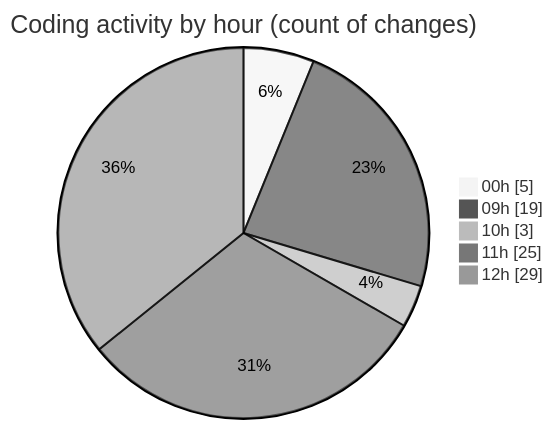
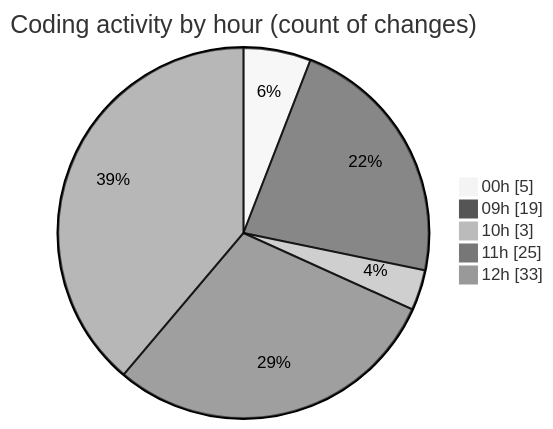
The second of 2 diagrams in 2025-11-19/eventscop-frontend-guide__workspace_/README.md (julien-gomy/code-tracking), drawn with Mermaid (neutral theme) before and after one commit. The commit also changed other lines of this file and 1 other file, not shown here.

````diff
--- a/2025-11-19/eventscop-frontend-guide__workspace_/README.md
+++ b/2025-11-19/eventscop-frontend-guide__workspace_/README.md
@@ -51,9 +51,9 @@
 ```mermaid
 pie showData
 title Coding activity by hour (count of changes)
 "00h" : 5
 "09h" : 19
 "10h" : 3
 "11h" : 25
-"12h" : 29
+"12h" : 33
 ```
````
